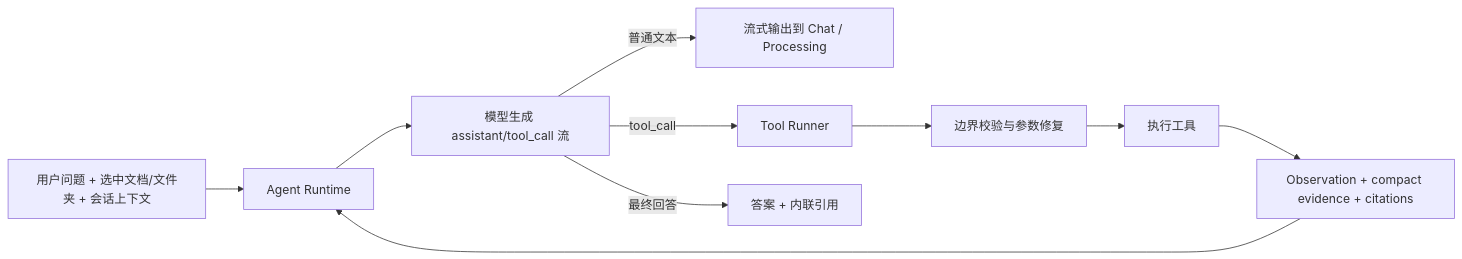
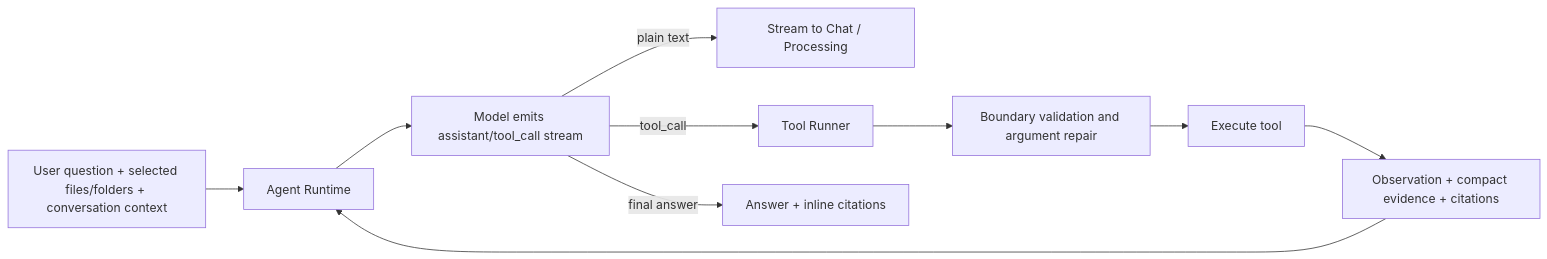
One commit to VT777/PageChat changed the second of 2 diagrams in README.md. Above: the diagram before and after it, drawn with Mermaid. The commit also changed other lines of this file and 1 other file, not shown here.

````diff
--- a/README.md
+++ b/README.md
@@ -71,12 +77,12 @@
 ```mermaid
 flowchart LR
-    U["用户问题 + 选中文档/文件夹 + 会话上下文"] --> R["Agent Runtime"]
-    R --> M["模型生成 assistant/tool_call 流"]
-    M -->|普通文本| S["流式输出到 Chat / Processing"]
+    U["User question + selected files/folders + conversation context"] --> R["Agent Runtime"]
+    R --> M["Model emits assistant/tool_call stream"]
+    M -->|plain text| S["Stream to Chat / Processing"]
     M -->|tool_call| T["Tool Runner"]
-    T --> P["边界校验与参数修复"]
-    P --> X["执行工具"]
+    T --> P["Boundary validation and argument repair"]
+    P --> X["Execute tool"]
     X --> O["Observation + compact evidence + citations"]
     O --> R
-    M -->|最终回答| A["答案 + 内联引用"]
+    M -->|final answer| A["Answer + inline citations"]
 ```
````
